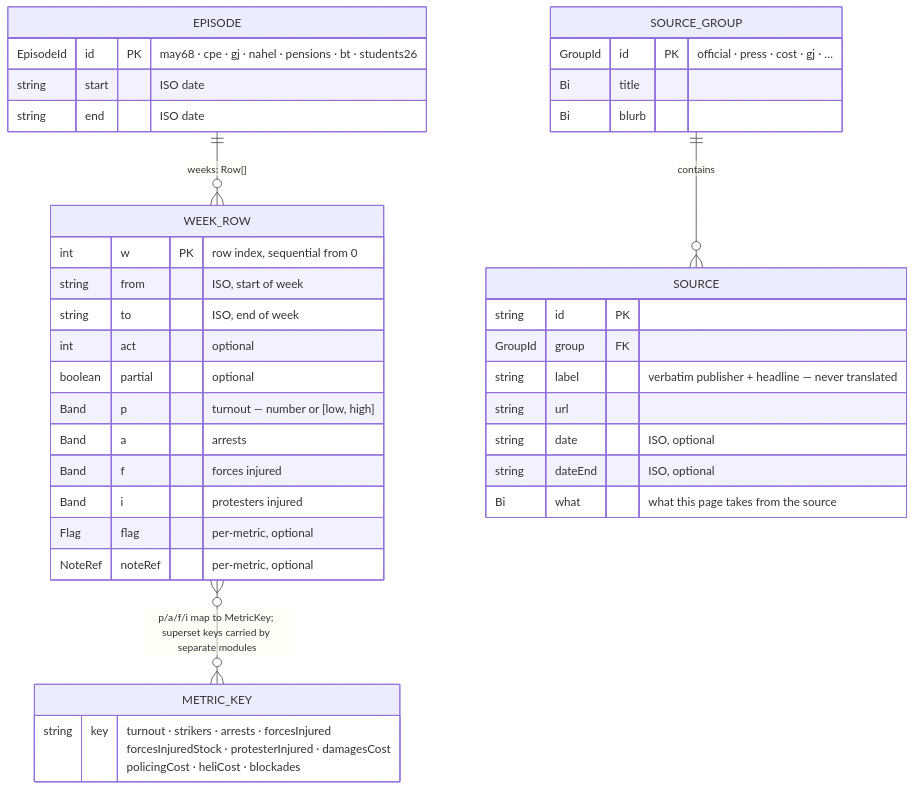
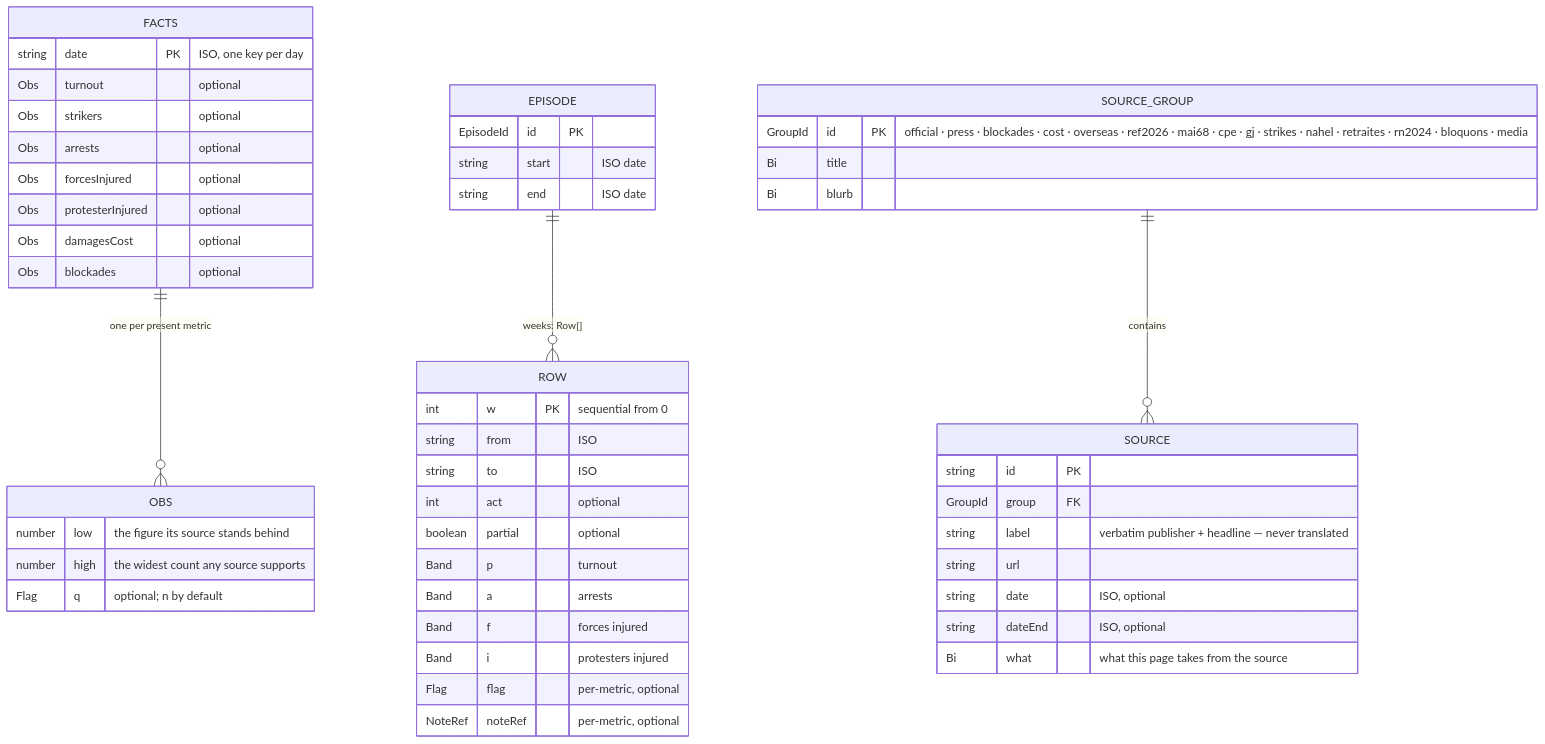
The first of 2 diagrams in README.md (Manifestigations/Dataset), drawn with Mermaid before and after one commit. The commit also changed other lines of this file and 2 other files, not shown here.

````diff
--- a/README.md
+++ b/README.md
@@ -78,42 +104,54 @@
 ```mermaid
 erDiagram
+    FACTS {
+        string date PK "ISO, one key per day"
+        Obs turnout "optional"
+        Obs strikers "optional"
+        Obs arrests "optional"
+        Obs forcesInjured "optional"
+        Obs protesterInjured "optional"
+        Obs damagesCost "optional"
+        Obs blockades "optional"
+    }
+    OBS {
+        number low "the figure its source stands behind"
+        number high "the widest count any source supports"
+        Flag q "optional; n by default"
+    }
     EPISODE {
-        EpisodeId id PK "may68 · cpe · gj · nahel · pensions · bt · students26"
+        EpisodeId id PK
         string start "ISO date"
         string end "ISO date"
     }
-    WEEK_ROW {
-        int w PK "row index, sequential from 0"
-        string from "ISO, start of week"
-        string to "ISO, end of week"
+    ROW {
+        int w PK "sequential from 0"
+        string from "ISO"
+        string to "ISO"
         int act "optional"
         boolean partial "optional"
-        Band p "turnout — number or [low, high]"
+        Band p "turnout"
         Band a "arrests"
         Band f "forces injured"
         Band i "protesters injured"
         Flag flag "per-metric, optional"
         NoteRef noteRef "per-metric, optional"
     }
     SOURCE_GROUP {
-        GroupId id PK "official · press · cost · gj · …"
+        GroupId id PK "official · press · blockades · cost · overseas · ref2026 · mai68 · cpe · gj · strikes · nahel · retraites · rn2024 · bloquons · media"
         Bi title
         Bi blurb
     }
     SOURCE {
         string id PK
         GroupId group FK
         string label "verbatim publisher + headline — never translated"
         string url
         string date "ISO, optional"
         string dateEnd "ISO, optional"
         Bi what "what this page takes from the source"
     }
-    METRIC_KEY {
-        string key "turnout · strikers · arrests · forcesInjured<br/>forcesInjuredStock · protesterInjured · damagesCost<br/>policingCost · heliCost · blockades"
-    }
 
-    EPISODE ||--o{ WEEK_ROW : "weeks: Row[]"
+    FACTS ||--o{ OBS : "one per present metric"
+    EPISODE ||--o{ ROW : "weeks: Row[]"
     SOURCE_GROUP ||--o{ SOURCE : "contains"
-    WEEK_ROW }o--o{ METRIC_KEY : "p/a/f/i map to MetricKey; superset keys carried by separate modules"
 ```
````
